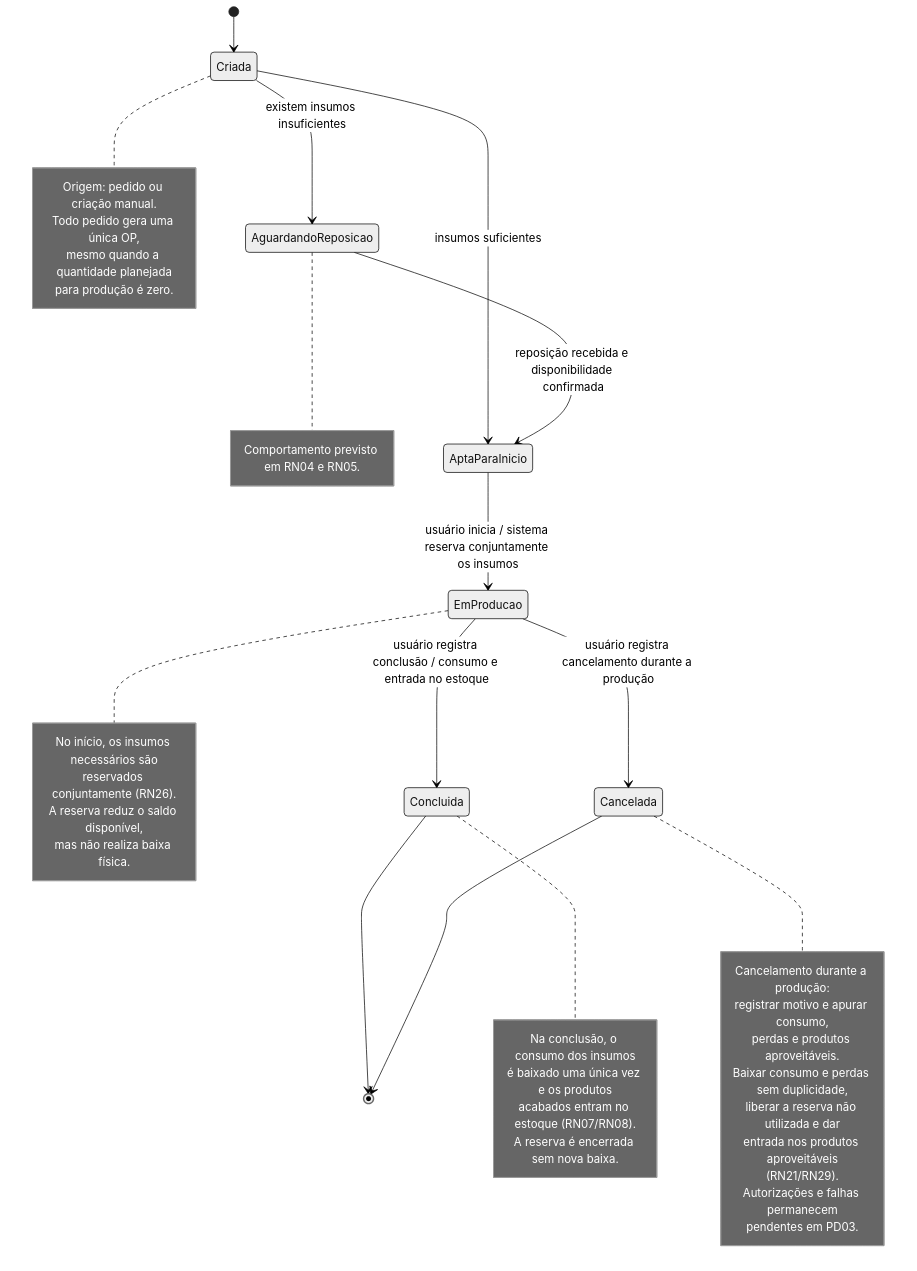
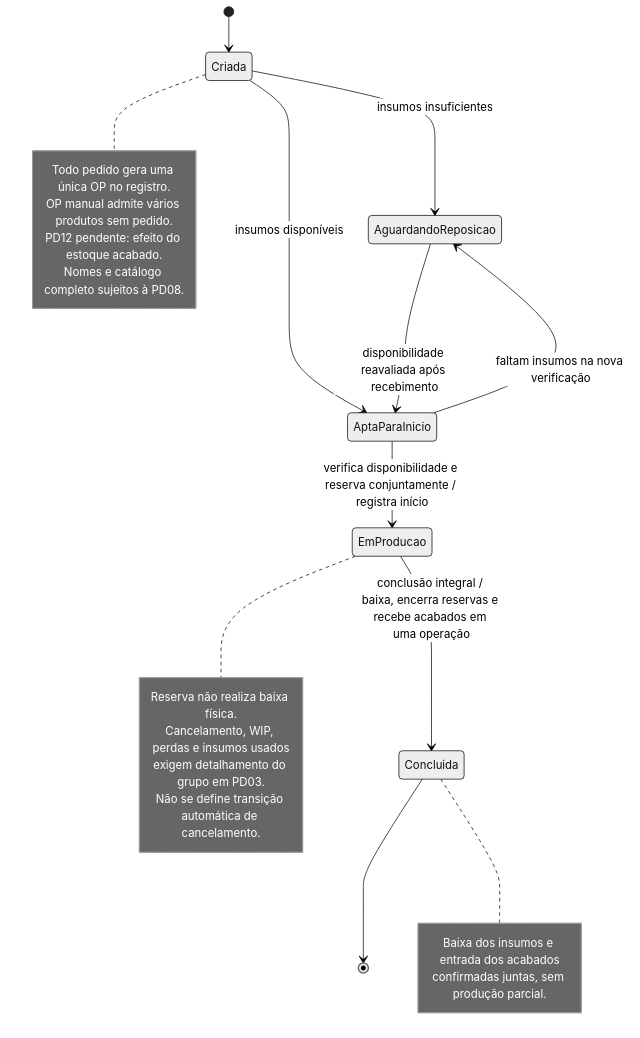
One commit to edumoreira7/TCC---Gestao-Integrada changed the diagram in docs/03-modelagem/estados/estado-ordem-producao.mmd. Above: the diagram before and after it, drawn with Mermaid (neutral theme). The commit also changed 13 other files, not shown here.

```diff
--- a/docs/03-modelagem/estados/estado-ordem-producao.mmd
+++ b/docs/03-modelagem/estados/estado-ordem-producao.mmd
@@ -1,52 +1,25 @@
 stateDiagram-v2
     [*] --> Criada
-
-    Criada --> AguardandoReposicao: existem insumos insuficientes
-    Criada --> AptaParaInicio: insumos suficientes
-
-    AguardandoReposicao --> AptaParaInicio: reposição recebida e disponibilidade confirmada
-
-    AptaParaInicio --> EmProducao: usuário inicia / sistema reserva conjuntamente os insumos
-
-    EmProducao --> Concluida: usuário registra conclusão / consumo e entrada no estoque
-    EmProducao --> Cancelada: usuário registra cancelamento durante a produção
-
+    Criada --> AguardandoReposicao: insumos insuficientes
+    Criada --> AptaParaInicio: insumos disponíveis
+    AguardandoReposicao --> AptaParaInicio: disponibilidade reavaliada após recebimento
+    AptaParaInicio --> AguardandoReposicao: faltam insumos na nova verificação
+    AptaParaInicio --> EmProducao: verifica disponibilidade e reserva conjuntamente / registra início
+    EmProducao --> Concluida: conclusão integral / baixa, encerra reservas e recebe acabados em uma operação
     Concluida --> [*]
-    Cancelada --> [*]
-
     note right of Criada
-      Origem: pedido ou criação manual.
-      Todo pedido gera uma única OP,
-      mesmo quando a quantidade planejada
-      para produção é zero.
+      Todo pedido gera uma única OP no registro.
+      OP manual admite vários produtos sem pedido.
+      PD12 pendente: efeito do estoque acabado.
+      Nomes e catálogo completo sujeitos à PD08.
     end note
-
-    note right of AguardandoReposicao
-      Comportamento previsto em RN04 e RN05.
+    note right of EmProducao
+      Reserva não realiza baixa física.
+      Cancelamento, WIP, perdas e insumos usados
+      exigem detalhamento do grupo em PD03.
+      Não se define transição automática de cancelamento.
     end note
-
-    note right of EmProducao
-      No início, os insumos necessários são
-      reservados conjuntamente (RN26).
-      A reserva reduz o saldo disponível,
-      mas não realiza baixa física.
+    note right of Concluida
+      Baixa dos insumos e entrada dos acabados
+      confirmadas juntas, sem produção parcial.
     end note
-
-    note right of Concluida
-      Na conclusão, o consumo dos insumos
-      é baixado uma única vez e os produtos
-      acabados entram no estoque (RN07/RN08).
-      A reserva é encerrada sem nova baixa.
-    end note
-
-    note right of Cancelada
-      Cancelamento durante a produção:
-      registrar motivo e apurar consumo,
-      perdas e produtos aproveitáveis.
-      Baixar consumo e perdas sem duplicidade,
-      liberar a reserva não utilizada e dar
-      entrada nos produtos aproveitáveis
-      (RN21/RN29).
-      Autorizações e falhas permanecem
-      pendentes em PD03.
-    end note
```
